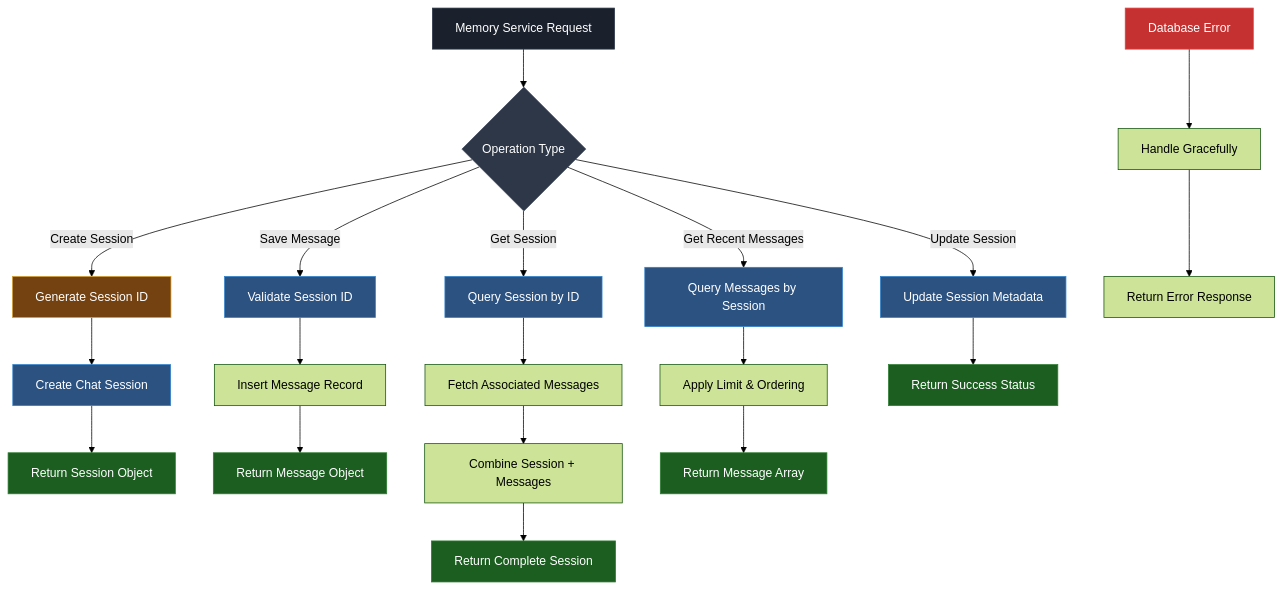
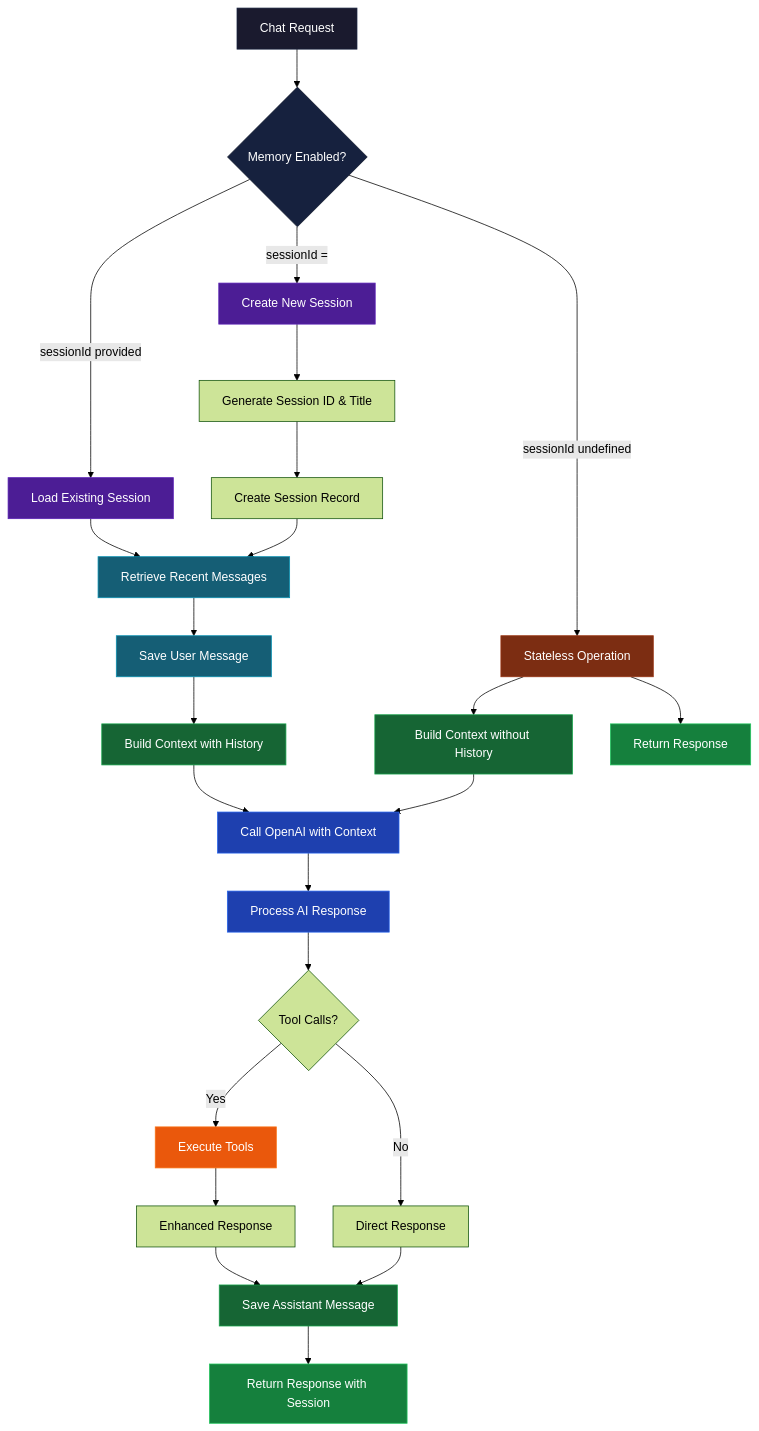
The diagram in docs/services/memory.md (rlynjb/adventurecue), drawn with Mermaid (forest theme) before and after one commit. The commit also changed other lines of this file, not shown here.

````diff
--- a/docs/services/memory.md
+++ b/docs/services/memory.md
@@ -67,42 +67,49 @@
 ```mermaid
 graph TD
-    A[Memory Service Request] --> B{Operation Type}
+    A[Chat Request] --> B{Memory Enabled?}
 
-    B -->|Create Session| C[Generate Session ID]
-    C --> D[Create Chat Session]
-    D --> E[Return Session Object]
+    B -->|sessionId provided| C[Load Existing Session]
+    B -->|sessionId = ""| D[Create New Session]
+    B -->|sessionId undefined| E[Stateless Operation]
 
-    B -->|Save Message| F[Validate Session ID]
-    F --> G[Insert Message Record]
-    G --> H[Return Message Object]
+    C --> F[Retrieve Recent Messages]
+    D --> G[Generate Session ID & Title]
+    G --> H[Create Session Record]
+    H --> F
 
-    B -->|Get Session| I[Query Session by ID]
-    I --> J[Fetch Associated Messages]
-    J --> K[Combine Session + Messages]
-    K --> L[Return Complete Session]
+    F --> I[Save User Message]
+    I --> J[Build Context with History]
+    E --> K[Build Context without History]
 
-    B -->|Get Recent Messages| M[Query Messages by Session]
-    M --> N[Apply Limit & Ordering]
-    N --> O[Return Message Array]
+    J --> L[Call OpenAI with Context]
+    K --> L
 
-    B -->|Update Session| P[Update Session Metadata]
-    P --> Q[Return Success Status]
+    L --> M[Process AI Response]
+    M --> N{Tool Calls?}
 
-    R[Database Error] --> S[Handle Gracefully]
-    S --> T[Return Error Response]
+    N -->|Yes| O[Execute Tools]
+    O --> P[Enhanced Response]
+    P --> Q[Save Assistant Message]
 
-    style A fill:#1a202c,stroke:#2d3748,color:#ffffff
-    style B fill:#2d3748,stroke:#4a5568,color:#ffffff
-    style C fill:#744210,stroke:#d69e2e,color:#ffffff
-    style D fill:#2c5282,stroke:#3182ce,color:#ffffff
-    style F fill:#2c5282,stroke:#3182ce,color:#ffffff
-    style I fill:#2c5282,stroke:#3182ce,color:#ffffff
-    style M fill:#2c5282,stroke:#3182ce,color:#ffffff
-    style P fill:#2c5282,stroke:#3182ce,color:#ffffff
-    style R fill:#c53030,stroke:#e53e3e,color:#ffffff
-    style E fill:#1b5e20,stroke:#2e7d32,color:#ffffff
-    style H fill:#1b5e20,stroke:#2e7d32,color:#ffffff
-    style L fill:#1b5e20,stroke:#2e7d32,color:#ffffff
-    style O fill:#1b5e20,stroke:#2e7d32,color:#ffffff
-    style Q fill:#1b5e20,stroke:#2e7d32,color:#ffffff
+    N -->|No| R[Direct Response]
+    R --> Q
+
+    E --> S[Return Response]
+    Q --> T[Return Response with Session]
+
+    style A fill:#1a1a2e,stroke:#16213e,color:#ffffff
+    style B fill:#16213e,stroke:#0f172a,color:#ffffff
+    style C fill:#4c1d95,stroke:#5b21b6,color:#ffffff
+    style D fill:#4c1d95,stroke:#5b21b6,color:#ffffff
+    style E fill:#7c2d12,stroke:#9a3412,color:#ffffff
+    style F fill:#155e75,stroke:#0891b2,color:#ffffff
+    style I fill:#155e75,stroke:#0891b2,color:#ffffff
+    style J fill:#166534,stroke:#16a34a,color:#ffffff
+    style K fill:#166534,stroke:#16a34a,color:#ffffff
+    style L fill:#1e40af,stroke:#2563eb,color:#ffffff
+    style M fill:#1e40af,stroke:#2563eb,color:#ffffff
+    style O fill:#ea580c,stroke:#f97316,color:#ffffff
+    style Q fill:#166534,stroke:#16a34a,color:#ffffff
+    style S fill:#15803d,stroke:#22c55e,color:#ffffff
+    style T fill:#15803d,stroke:#22c55e,color:#ffffff
 ```
````
